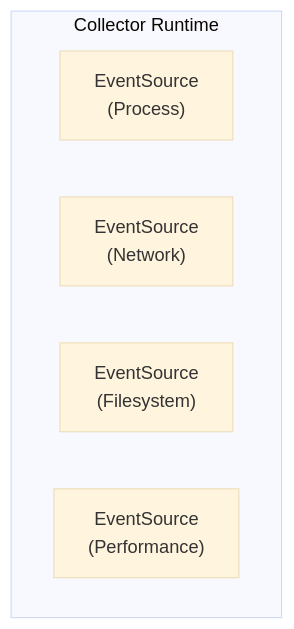
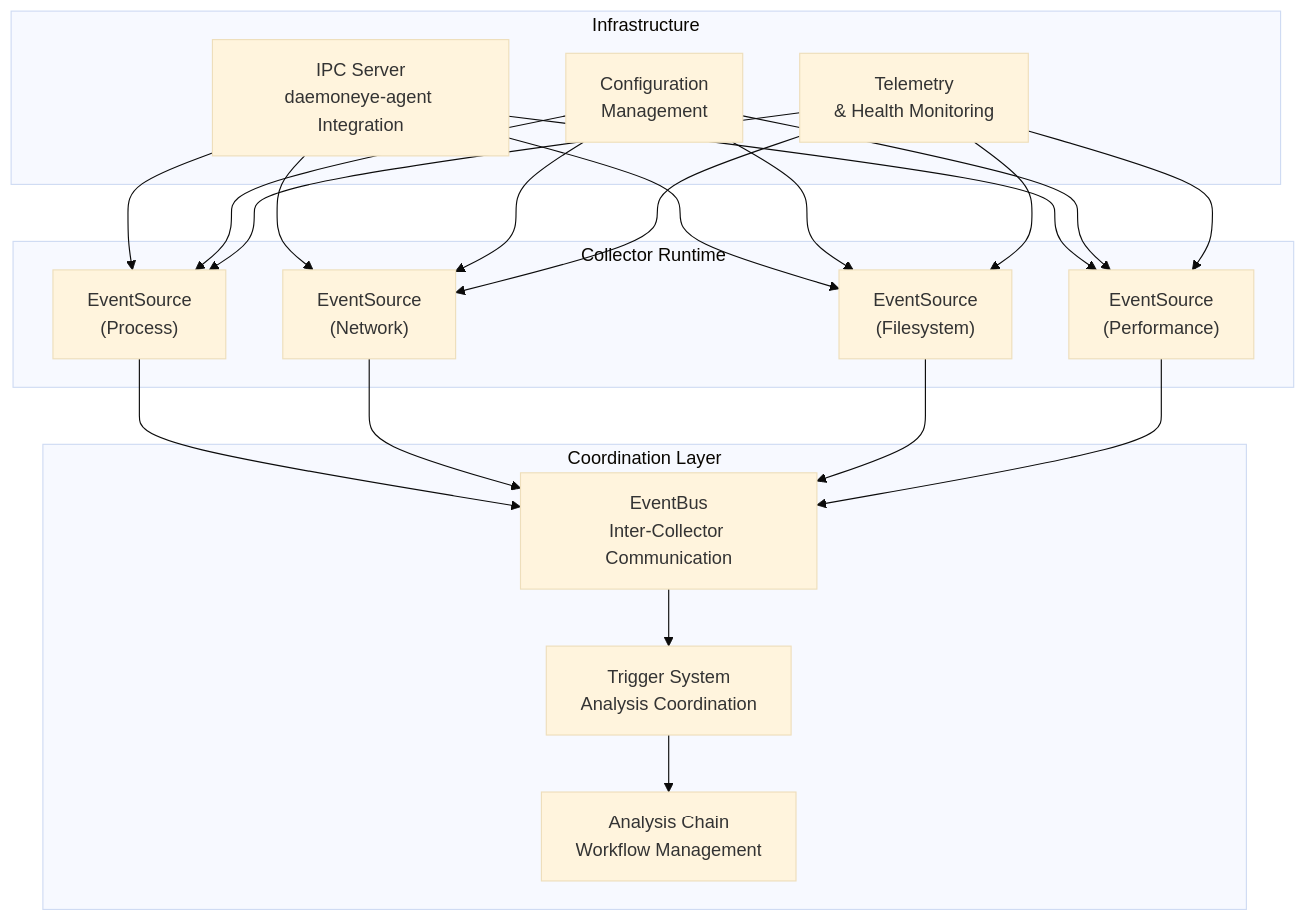
Before and after one commit to EvilBit-Labs/DaemonEye: the diagram in collector-core/README.md, drawn with Mermaid (base theme). The commit also changed other lines of this file and 2 other files, not shown here.

````diff
--- a/collector-core/README.md
+++ b/collector-core/README.md
@@ -19,9 +19,44 @@
 ```mermaid
 flowchart TB
     subgraph "Collector Runtime"
         A["EventSource<br/>(Process)"]
         B["EventSource<br/>(Network)"]
         C["EventSource<br/>(Filesystem)"]
         D["EventSource<br/>(Performance)"]
     end
+
+    subgraph "Coordination Layer"
+        E["EventBus<br/>Inter-Collector Communication"]
+        F["Trigger System<br/>Analysis Coordination"]
+        G["Analysis Chain<br/>Workflow Management"]
+    end
+
+    subgraph "Infrastructure"
+        H["IPC Server<br/>daemoneye-agent Integration"]
+        I["Configuration<br/>Management"]
+        J["Telemetry<br/>& Health Monitoring"]
+    end
+
+    A --> E
+    B --> E
+    C --> E
+    D --> E
+
+    E --> F
+    F --> G
+
+    H --> A
+    H --> B
+    H --> C
+    H --> D
+
+    I --> A
+    I --> B
+    I --> C
+    I --> D
+
+    J --> A
+    J --> B
+    J --> C
+    J --> D
 ```
````
